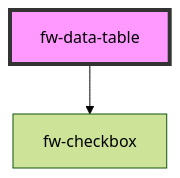
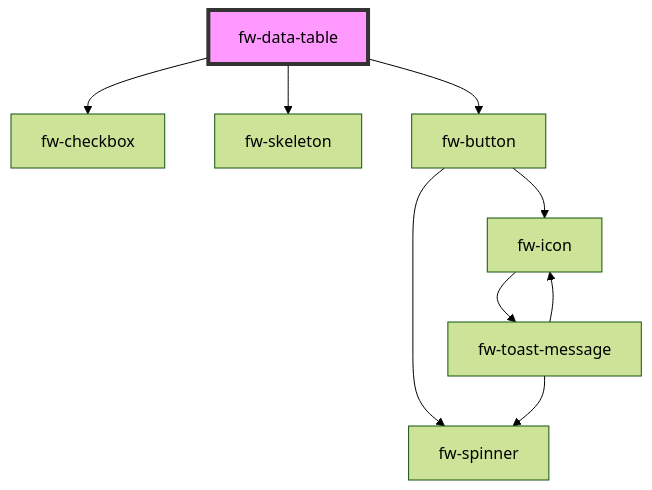
Before and after one commit to freshworks/crayons: the diagram in packages/crayons-core/src/components/data-table/readme.md, drawn with Mermaid (forest theme). The commit also changed other lines of this file and 8 other files, not shown here.

Commit message:
feat(data-table): row actions feature added to fw-data-table component

````diff
--- a/packages/crayons-core/src/components/data-table/readme.md
+++ b/packages/crayons-core/src/components/data-table/readme.md
@@ -526,5 +728,12 @@
 ```mermaid
 graph TD;
   fw-data-table --> fw-checkbox
+  fw-data-table --> fw-skeleton
+  fw-data-table --> fw-button
+  fw-button --> fw-spinner
+  fw-button --> fw-icon
+  fw-icon --> fw-toast-message
+  fw-toast-message --> fw-spinner
+  fw-toast-message --> fw-icon
   style fw-data-table fill:#f9f,stroke:#333,stroke-width:4px
 ```
````
